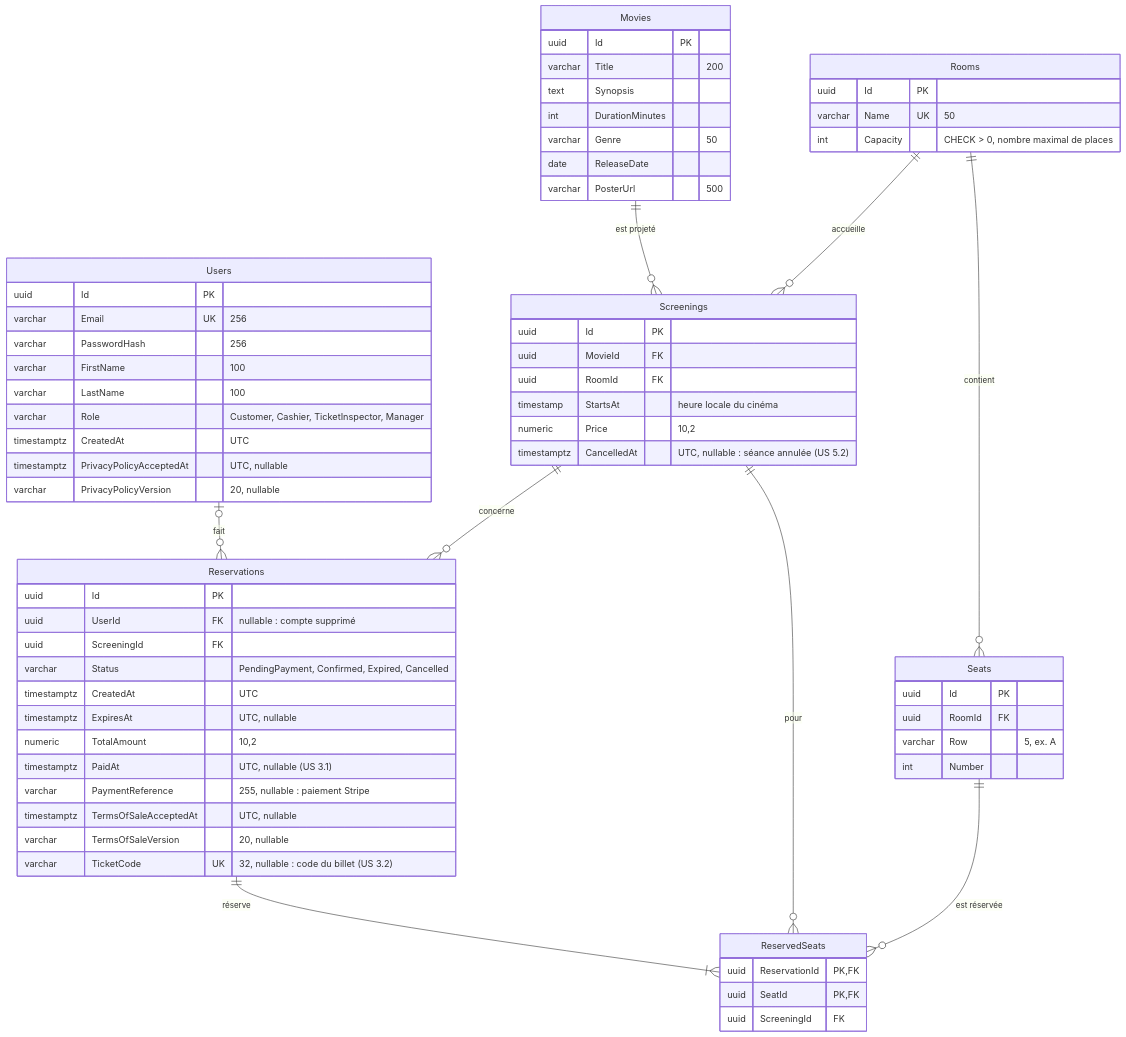
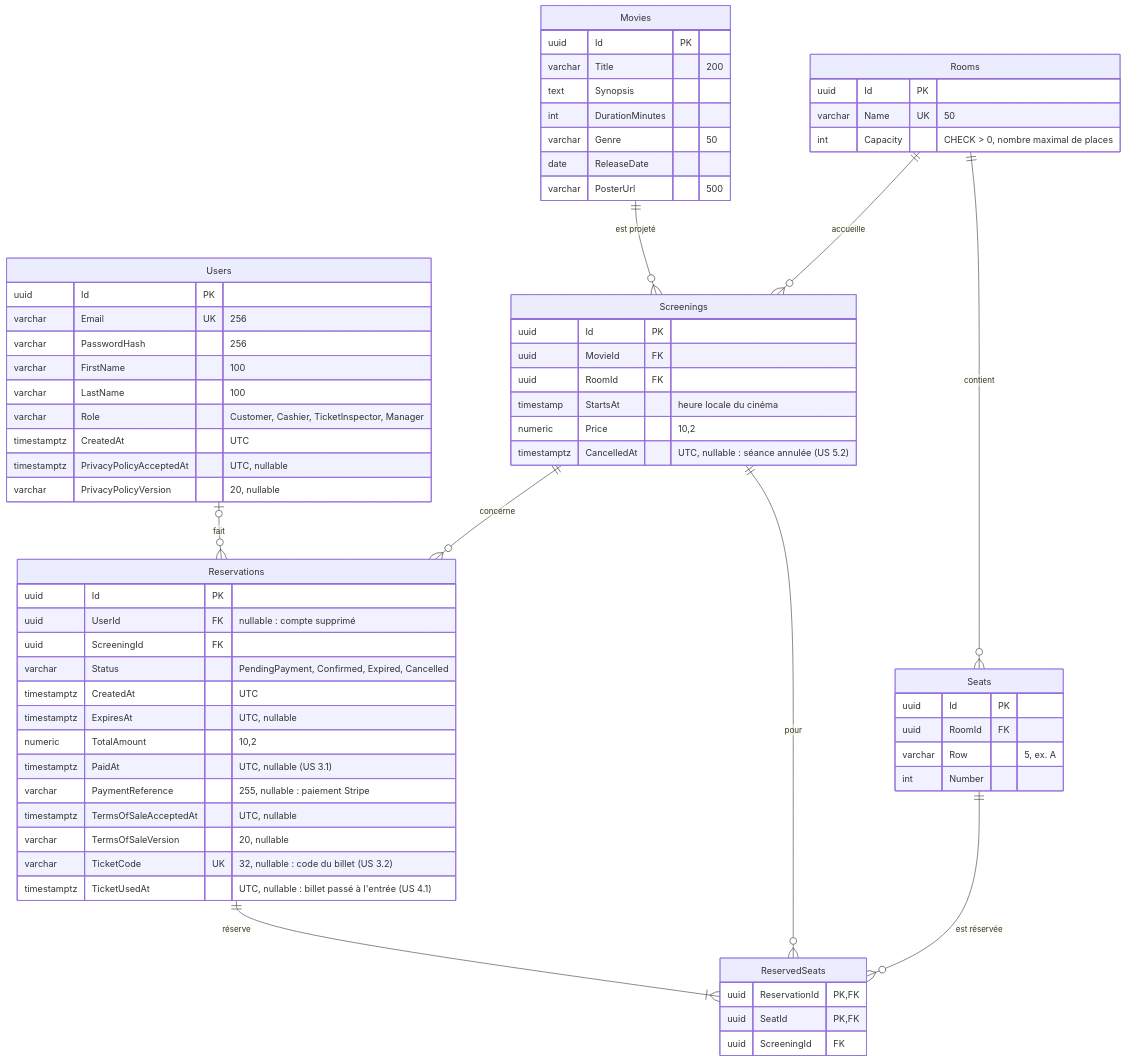
One commit to Grand-Cinema-Studi/grand-cinema-backend changed the diagram in docs/database/erd.md. Above: the diagram before and after it, drawn with Mermaid. The commit also changed 3 other files, not shown here.

Commit message:
docs(us-4.1): ticket checks, inspector account and database schema

````diff
--- a/docs/database/erd.md
+++ b/docs/database/erd.md
@@ -5,70 +5,71 @@
 ```mermaid
 erDiagram
     Users |o--o{ Reservations : "fait"
     Screenings ||--o{ Reservations : "concerne"
     Movies ||--o{ Screenings : "est projeté"
     Rooms ||--o{ Screenings : "accueille"
     Rooms ||--o{ Seats : "contient"
     Reservations ||--|{ ReservedSeats : "réserve"
     Seats ||--o{ ReservedSeats : "est réservée"
     Screenings ||--o{ ReservedSeats : "pour"
 
     Users {
         uuid Id PK
         varchar Email UK "256"
         varchar PasswordHash "256"
         varchar FirstName "100"
         varchar LastName "100"
         varchar Role "Customer, Cashier, TicketInspector, Manager"
         timestamptz CreatedAt "UTC"
         timestamptz PrivacyPolicyAcceptedAt "UTC, nullable"
         varchar PrivacyPolicyVersion "20, nullable"
     }
     Movies {
         uuid Id PK
         varchar Title "200"
         text Synopsis
         int DurationMinutes
         varchar Genre "50"
         date ReleaseDate
         varchar PosterUrl "500"
     }
     Rooms {
         uuid Id PK
         varchar Name UK "50"
         int Capacity "CHECK > 0, nombre maximal de places"
     }
     Seats {
         uuid Id PK
         uuid RoomId FK
         varchar Row "5, ex. A"
         int Number
     }
     Screenings {
         uuid Id PK
         uuid MovieId FK
         uuid RoomId FK
         timestamp StartsAt "heure locale du cinéma"
         numeric Price "10,2"
         timestamptz CancelledAt "UTC, nullable : séance annulée (US 5.2)"
     }
     Reservations {
         uuid Id PK
         uuid UserId FK "nullable : compte supprimé"
         uuid ScreeningId FK
         varchar Status "PendingPayment, Confirmed, Expired, Cancelled"
         timestamptz CreatedAt "UTC"
         timestamptz ExpiresAt "UTC, nullable"
         numeric TotalAmount "10,2"
         timestamptz PaidAt "UTC, nullable (US 3.1)"
         varchar PaymentReference "255, nullable : paiement Stripe"
         timestamptz TermsOfSaleAcceptedAt "UTC, nullable"
         varchar TermsOfSaleVersion "20, nullable"
         varchar TicketCode UK "32, nullable : code du billet (US 3.2)"
+        timestamptz TicketUsedAt "UTC, nullable : billet passé à l'entrée (US 4.1)"
     }
     ReservedSeats {
         uuid ReservationId PK, FK
         uuid SeatId PK, FK
         uuid ScreeningId FK
     }
 ```
````
